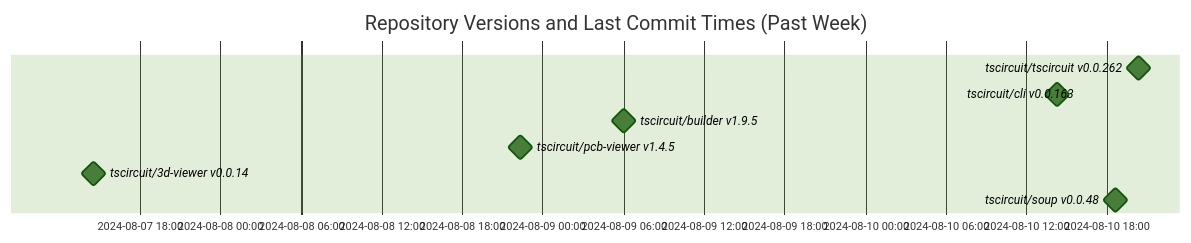
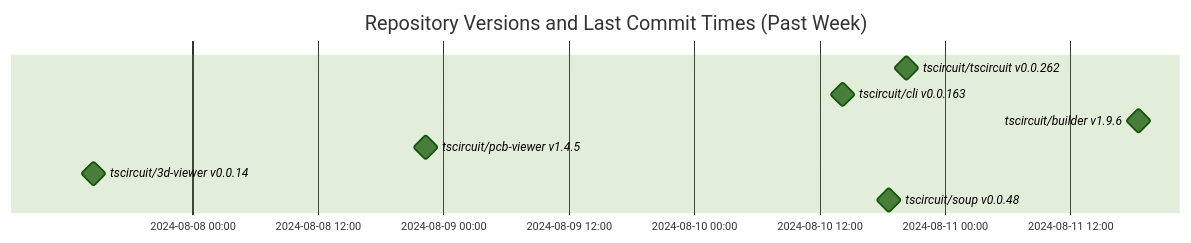
One commit to tscircuit/version-tracker changed the diagram in README.md. Above: the diagram before and after it, drawn with Mermaid (forest theme).

Commit message:
Update chart

````diff
--- a/README.md
+++ b/README.md
@@ -1,13 +1,13 @@
 ```mermaid
 gantt
   dateFormat  YYYY-MM-DD HH:mm:ss
   title Repository Versions and Last Commit Times (Past Week)
   axisFormat %Y-%m-%d %H:%M
 
   tscircuit/tscircuit v0.0.262 : milestone, 2024-08-10 20:20:25, 1s
   tscircuit/cli v0.0.163 : milestone, 2024-08-10 14:15:28, 1s
-  tscircuit/builder v1.9.5 : milestone, 2024-08-09 06:00:02, 1s
+  tscircuit/builder v1.9.6 : milestone, 2024-08-11 18:31:00, 1s
   tscircuit/pcb-viewer v1.4.5 : milestone, 2024-08-08 22:18:20, 1s
   tscircuit/3d-viewer v0.0.14 : milestone, 2024-08-07 14:34:01, 1s
   tscircuit/soup v0.0.48 : milestone, 2024-08-10 18:36:47, 1s
 ```
````
